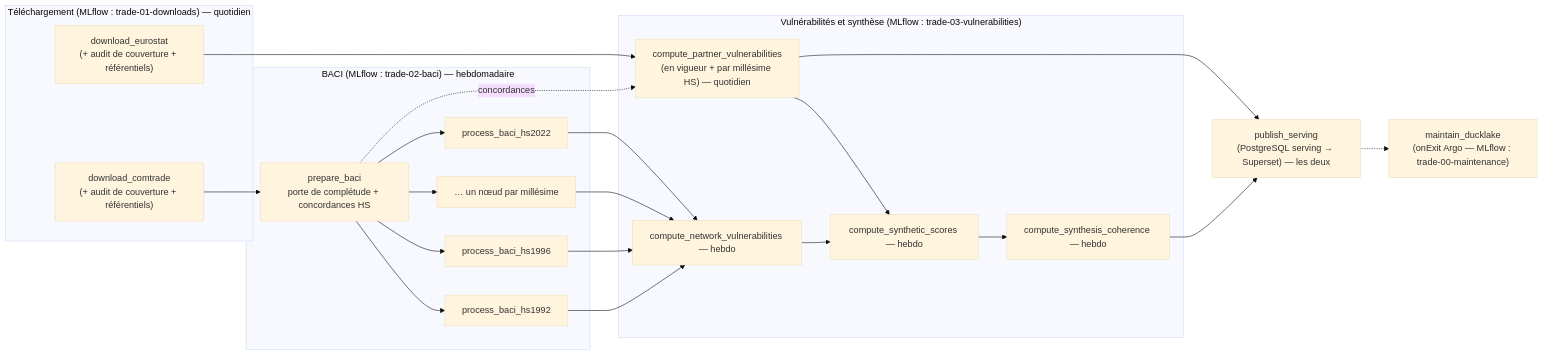
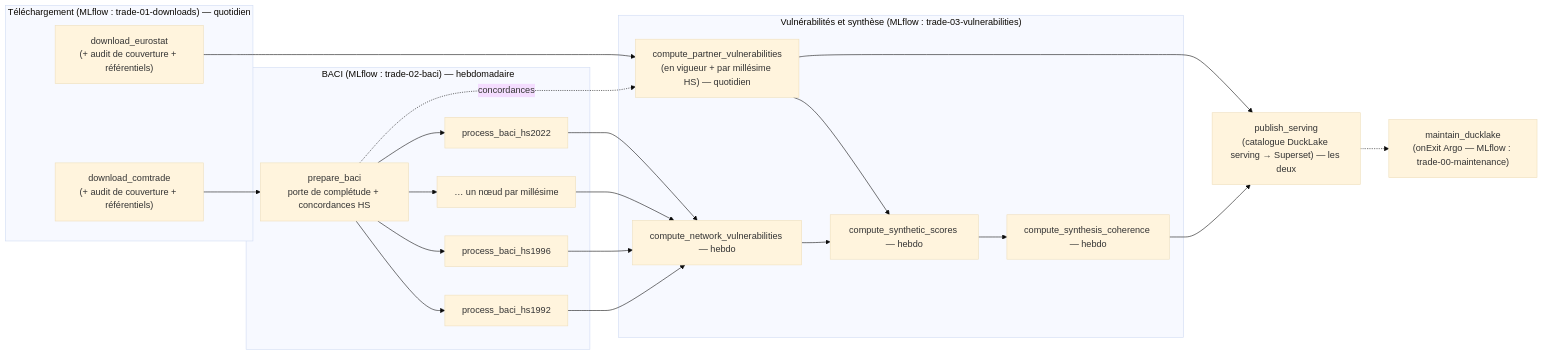
The diagram in PIPELINE_ARCHITECTURE.md (qbolliet/trade-analysis), drawn with Mermaid (base theme) before and after one commit. The commit also changed other lines of this file and 1 other file, not shown here.

Commit message:
fix: architecture + prompts : remove mlflow metrics superset dashboard + use duckdb engine for superset

````diff
--- a/PIPELINE_ARCHITECTURE.md
+++ b/PIPELINE_ARCHITECTURE.md
@@ -166,32 +173,32 @@
 ```mermaid
 flowchart LR
   subgraph T1["Téléchargement (MLflow : trade-01-downloads) — quotidien"]
     DE["download_eurostat<br/>(+ audit de couverture + référentiels)"]
     DC["download_comtrade<br/>(+ audit de couverture + référentiels)"]
   end
   subgraph T2["BACI (MLflow : trade-02-baci) — hebdomadaire"]
     BS["prepare_baci<br/>porte de complétude + concordances HS"]
     B92["process_baci_hs1992"]
     B96["process_baci_hs1996"]
     Bxx["… un nœud par millésime"]
     B22["process_baci_hs2022"]
   end
   subgraph T3["Vulnérabilités et synthèse (MLflow : trade-03-vulnerabilities)"]
     P["compute_partner_vulnerabilities<br/>(en vigueur + par millésime HS) — quotidien"]
     N["compute_network_vulnerabilities — hebdo"]
     S["compute_synthetic_scores — hebdo"]
     C["compute_synthesis_coherence — hebdo"]
   end
-  PUB["publish_serving<br/>(PostgreSQL serving → Superset) — les deux"]
+  PUB["publish_serving<br/>(catalogue DuckLake serving → Superset) — les deux"]
   M["maintain_ducklake<br/>(onExit Argo — MLflow : trade-00-maintenance)"]
 
   DC --> BS --> B92 & B96 & Bxx & B22 --> N
   BS -. concordances .-> P
   DE --> P
   P --> S
   N --> S
   S --> C
   P --> PUB
   C --> PUB
   PUB -.-> M
 ```
````
